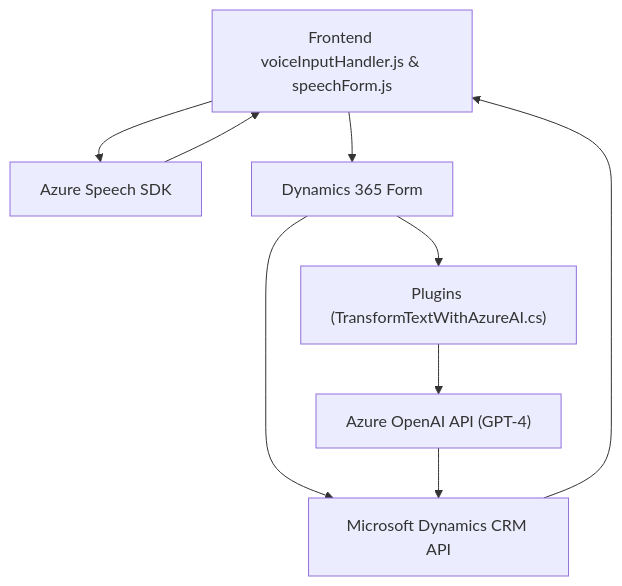
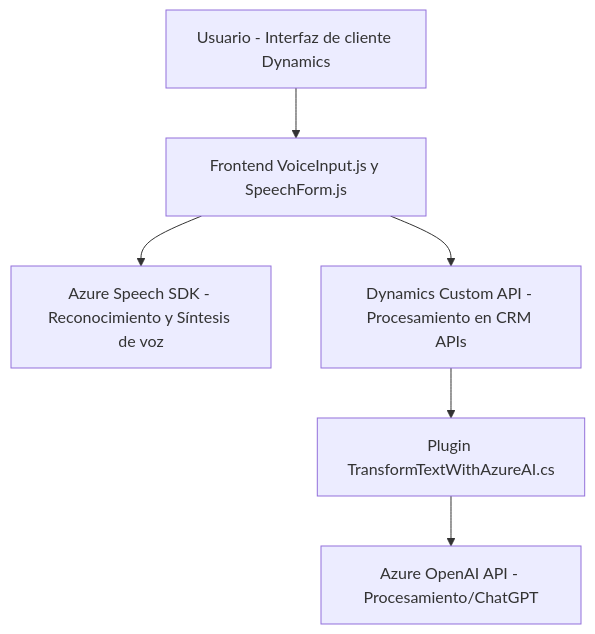
The diagram in README.md (blopezdm/NETCORE_BILBAO2025), drawn with Mermaid before and after one commit. The commit also changed other lines of this file, not shown here.

````diff
--- a/README.md
+++ b/README.md
@@ -50,11 +70,8 @@
 ```mermaid
 graph TD
-    A["Frontend voiceInputHandler.js & speechForm.js"] --> B["Azure Speech SDK"]
-    A --> C["Dynamics 365 Form"]
-    C --> D["Plugins (TransformTextWithAzureAI.cs)"]
-    D --> E["Azure OpenAI API (GPT-4)"]
-    C --> G["Microsoft Dynamics CRM API"]
-    E --> G
-    B --> A
-    G --> A
+    A["Usuario - Interfaz de cliente Dynamics"] --> B["Frontend VoiceInput.js y SpeechForm.js"]
+    B --> C["Azure Speech SDK - Reconocimiento y Síntesis de voz"]
+    B --> D["Dynamics Custom API - Procesamiento en CRM APIs"]
+    D --> E["Plugin TransformTextWithAzureAI.cs"]
+    E --> F["Azure OpenAI API - Procesamiento/ChatGPT"]
 ```
````
